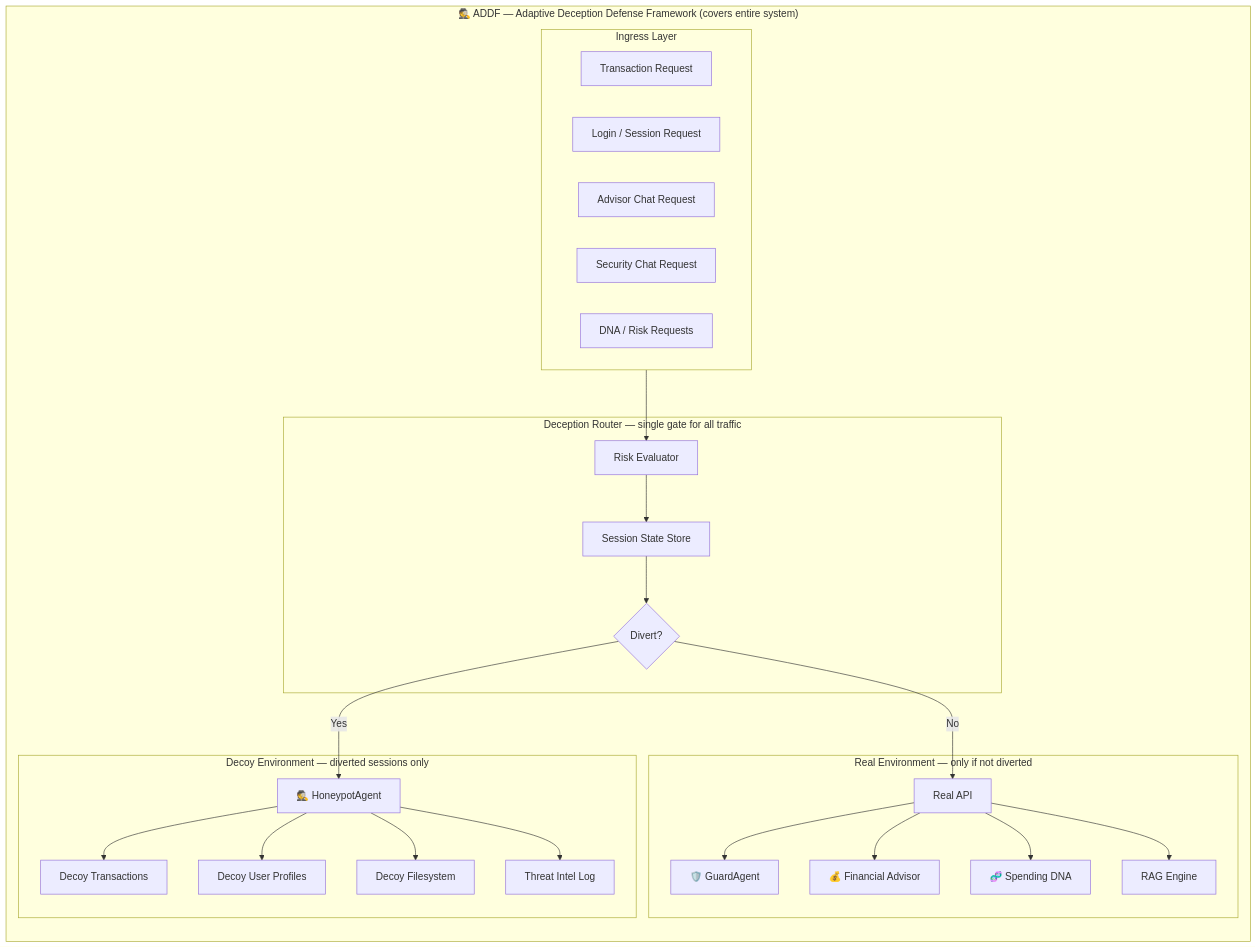
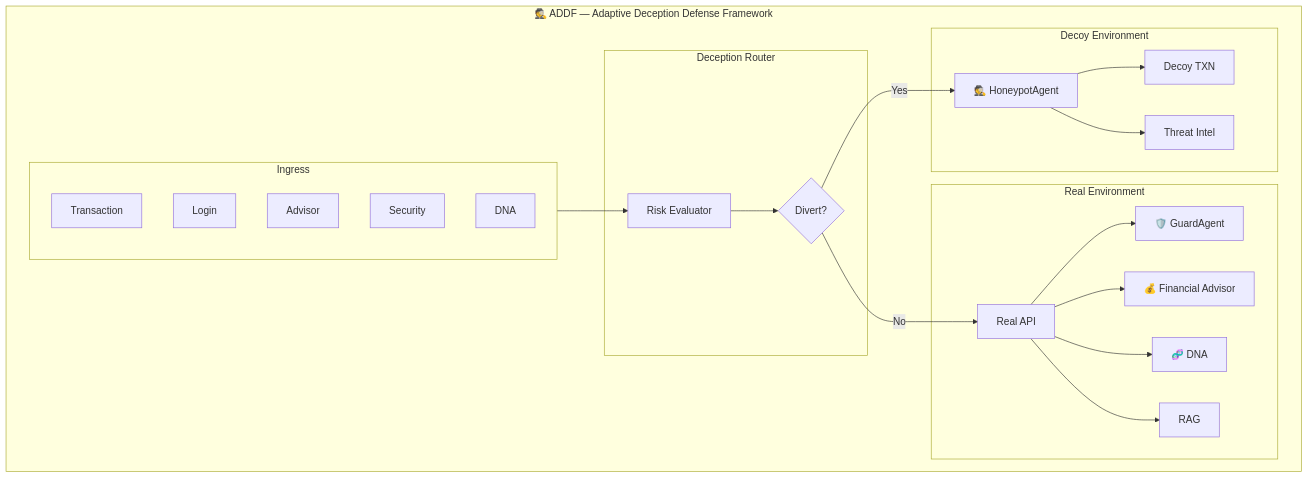
One commit to ladkrutarth/MultiAgentSecurityShield- changed the first of 5 diagrams in README.md. Above: the diagram before and after it, drawn with Mermaid. The commit also changed other lines of this file, not shown here.

Commit message:
Docs: Refactor Mermaid architecture diagrams to fix text overlapping

````diff
--- a/README.md
+++ b/README.md
@@ -41,49 +41,43 @@
 ```mermaid
-flowchart TB
-    subgraph ADDF["🕵️ ADDF — Adaptive Deception Defense Framework (covers entire system)"]
-        direction TB
-        subgraph Ingress [Ingress Layer]
-            TxnReq[Transaction Request]
-            LoginReq[Login / Session Request]
-            AdvisorReq[Advisor Chat Request]
-            SecurityReq[Security Chat Request]
-            DNAReq[DNA / Risk Requests]
+flowchart LR
+    subgraph ADDF["🕵️ ADDF — Adaptive Deception Defense Framework"]
+        direction LR
+        subgraph Ingress [Ingress]
+            TxnReq[Transaction]
+            LoginReq[Login]
+            AdvisorReq[Advisor]
+            SecurityReq[Security]
+            DNAReq[DNA]
         end
 
-        subgraph Router [Deception Router — single gate for all traffic]
+        subgraph Router [Deception Router]
             RiskEval[Risk Evaluator]
-            SessionState[Session State Store]
             DivertCheck{Divert?}
         end
 
-        subgraph Real [Real Environment — only if not diverted]
+        subgraph Real [Real Environment]
             RealAPI[Real API]
             GuardAgent[🛡️ GuardAgent]
             FinAdvisor[💰 Financial Advisor]
-            DNA[🧬 Spending DNA]
-            RAG[RAG Engine]
+            DNA[🧬 DNA]
+            RAG[RAG]
         end
 
-        subgraph Decoy [Decoy Environment — diverted sessions only]
+        subgraph Decoy [Decoy Environment]
             HoneypotAgent[🕵️ HoneypotAgent]
-            DecoyTxn[Decoy Transactions]
-            DecoyUser[Decoy User Profiles]
-            DecoyFS[Decoy Filesystem]
-            ThreatLog[Threat Intel Log]
+            DecoyTxn[Decoy TXN]
+            ThreatLog[Threat Intel]
         end
 
         Ingress --> RiskEval
-        RiskEval --> SessionState
-        SessionState --> DivertCheck
+        RiskEval --> DivertCheck
         DivertCheck -->|No| RealAPI
         DivertCheck -->|Yes| HoneypotAgent
         RealAPI --> GuardAgent
         RealAPI --> FinAdvisor
         RealAPI --> DNA
         RealAPI --> RAG
         HoneypotAgent --> DecoyTxn
-        HoneypotAgent --> DecoyUser
-        HoneypotAgent --> DecoyFS
         HoneypotAgent --> ThreatLog
     end
 ```
````
